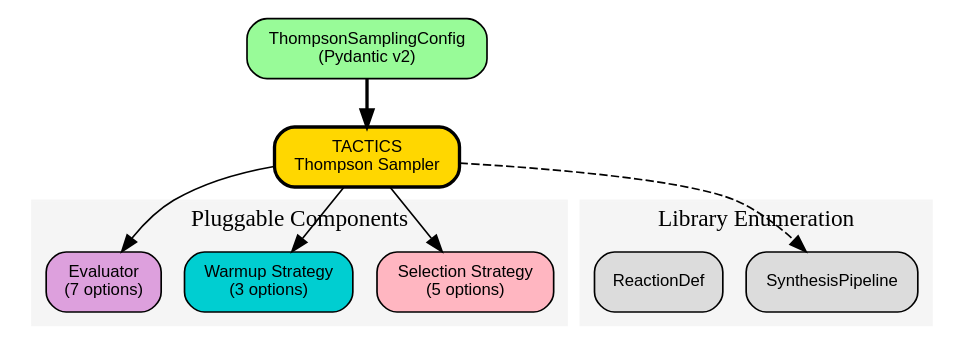
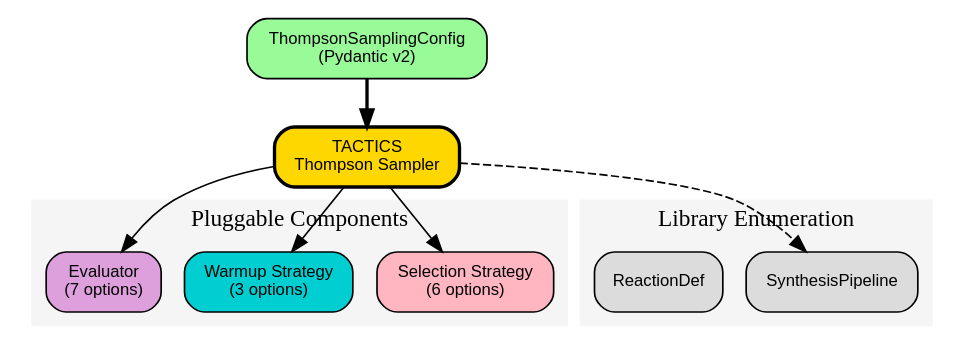
Before and after one commit to aakankschit/TACTICS: the diagram in docs/source/index.rst, drawn with Graphviz. The commit also changed other lines of this file and 49 other files, not shown here.

```diff
--- a/docs/source/index.rst
+++ b/docs/source/index.rst
@@ -36,43 +72,38 @@
 .. graphviz::
 
     digraph TACTICS {
         rankdir=TB;
         node [shape=box, style="rounded,filled", fontname="Helvetica", fontsize=10];
         edge [fontname="Helvetica", fontsize=9];
         nodesep=0.2;
         ranksep=0.4;
 
-        // Core TACTICS Engine at top
         TACTICS [label="TACTICS\nThompson Sampler", fillcolor="#FFD700", style="filled,bold,rounded"];
 
-        // Three main pluggable components side by side
         subgraph cluster_plugins {
             label="Pluggable Components";
             style=filled;
             color="#F5F5F5";
-            
-            Strategies [label="Selection Strategy\n(5 options)", fillcolor="#FFB6C1"];
+
+            Strategies [label="Selection Strategy\n(6 options)", fillcolor="#FFB6C1"];
             Warmups [label="Warmup Strategy\n(3 options)", fillcolor="#00CED1"];
             Evaluators [label="Evaluator\n(7 options)", fillcolor="#DDA0DD"];
         }
 
-        // Library Enumeration
         subgraph cluster_enum {
             label="Library Enumeration";
             style=filled;
             color="#F5F5F5";
-            
+
             Pipeline [label="SynthesisPipeline", fillcolor="#DCDCDC"];
             ReactionDef [label="ReactionDef", fillcolor="#DCDCDC"];
         }
 
-        // Configuration
         Config [label="ThompsonSamplingConfig\n(Pydantic v2)", fillcolor="#98FB98"];
 
-        // Vertical flow
         Config -> TACTICS [style=bold];
         TACTICS -> Strategies;
         TACTICS -> Warmups;
         TACTICS -> Evaluators;
         TACTICS -> Pipeline [style=dashed];
     }
```
